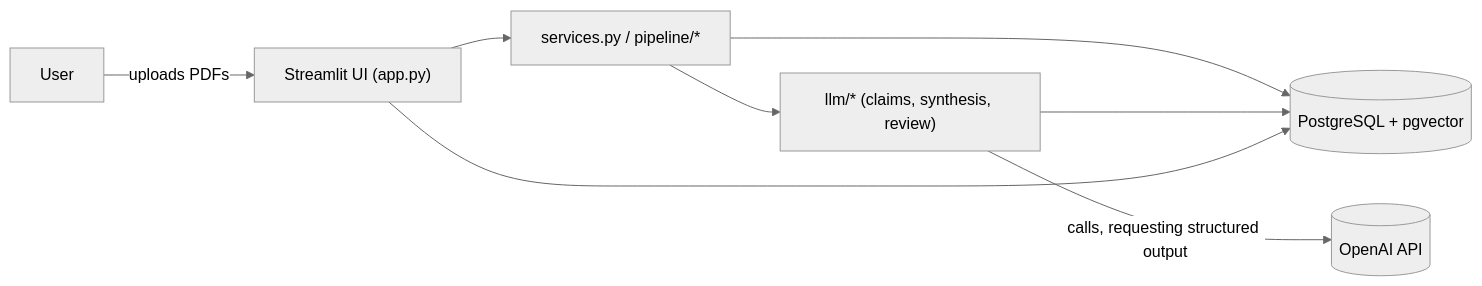
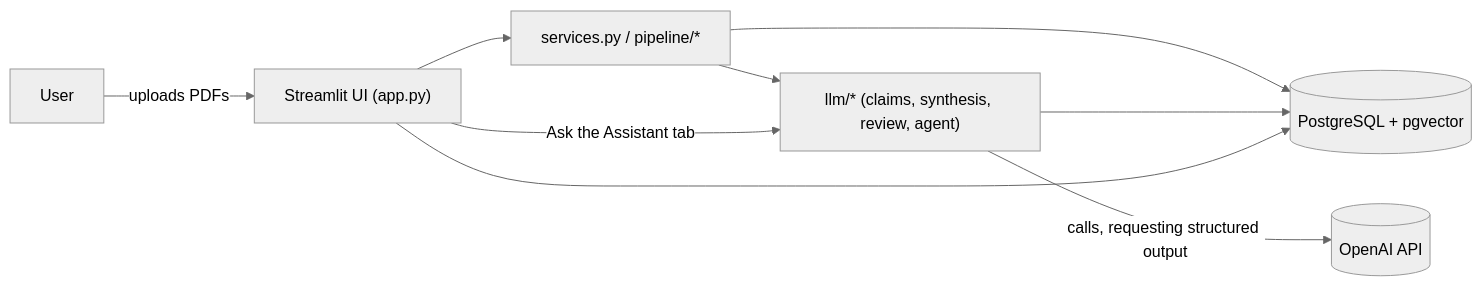
One commit to JShi12/AI-literature-review-assistant changed the diagram in README.md. Above: the diagram before and after it, drawn with Mermaid (neutral theme).

Commit message:
update the architecture adding the new agentic layer

````diff
--- a/README.md
+++ b/README.md
@@ -41,10 +41,11 @@
 ```mermaid
 flowchart LR
     User -->|uploads PDFs| UI["Streamlit UI (app.py)"]
     UI --> Services["services.py / pipeline/*"]
     Services --> DB[("PostgreSQL + pgvector")]
-    Services --> LLM["llm/* (claims, synthesis, review)"]
+    Services --> LLM["llm/* (claims, synthesis, review, agent)"]
+    UI -->|"Ask the Assistant tab"| LLM
     LLM -->|calls, requesting structured output| OpenAI[("OpenAI API")]
     LLM --> DB
     UI --> DB
 ```
````
